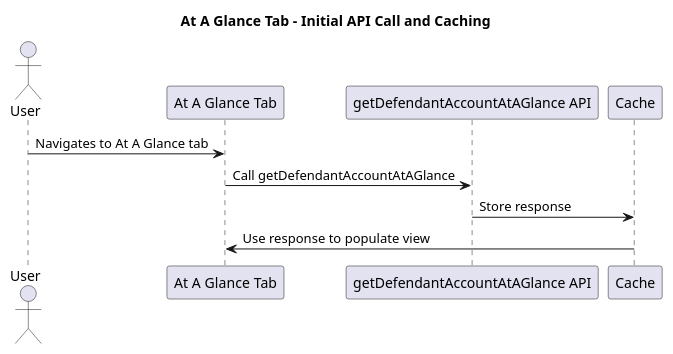
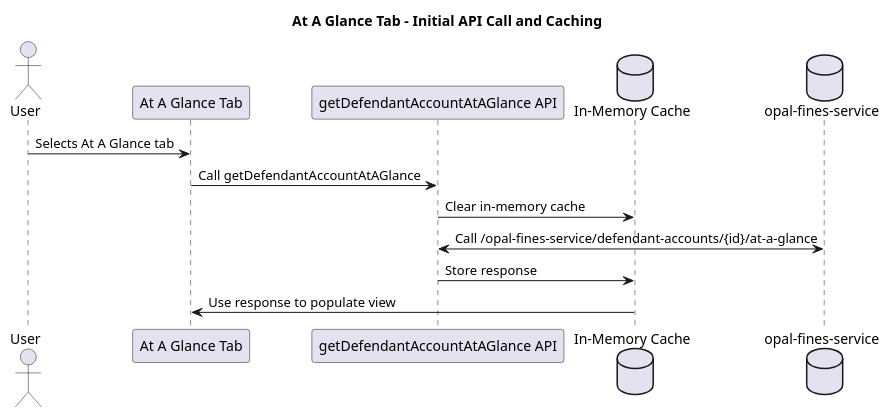
Before and after one commit to hmcts/opal-docs: the diagram in plantUML/fae-view-defendant-account-summary/fae-at-a-glance-tab-ui.puml, drawn with PlantUML. The commit also changed 6 other files, not shown here.

Commit message:
Refactor PlantUML diagrams to enhance clarity and consistency in API call and caching flows

```diff
--- a/plantUML/fae-view-defendant-account-summary/fae-at-a-glance-tab-ui.puml
+++ b/plantUML/fae-view-defendant-account-summary/fae-at-a-glance-tab-ui.puml
@@ -1,13 +1,16 @@
 @startuml
 title At A Glance Tab - Initial API Call and Caching
 
 actor User
 participant "At A Glance Tab" as Glance
 participant "getDefendantAccountAtAGlance API" as API
-participant "Cache"
+database "In-Memory Cache" as Cache
+database "opal-fines-service" as Backend
 
-User -> Glance : Navigates to At A Glance tab
+User -> Glance : Selects At A Glance tab
 Glance -> API : Call getDefendantAccountAtAGlance
+API -> Cache : Clear in-memory cache
+API <-> Backend : Call /opal-fines-service/defendant-accounts/{id}/at-a-glance
 API -> Cache : Store response
 Glance <- Cache : Use response to populate view
 @enduml
```
